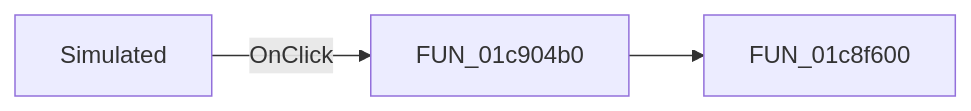
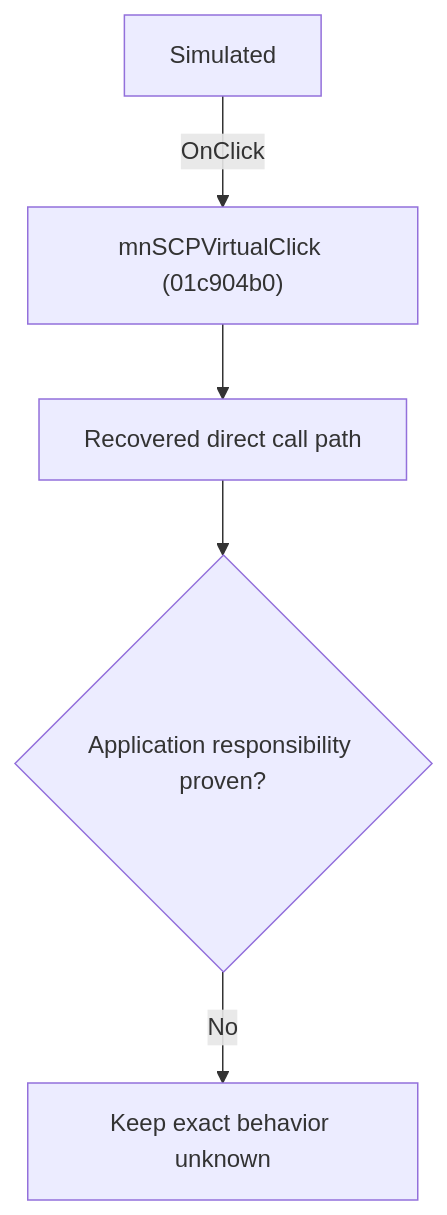
One commit to MovGP0/TIARA changed the diagram in docs/ui-controls/schematiceditor/mnscpvirtual-bc50eb2664.md. Above: the diagram before and after it, drawn with Mermaid. The commit also changed other lines of this file and 1062 other files, not shown here.

````diff
--- a/docs/ui-controls/schematiceditor/mnscpvirtual-bc50eb2664.md
+++ b/docs/ui-controls/schematiceditor/mnscpvirtual-bc50eb2664.md
@@ -27,5 +27,7 @@
 ```mermaid
-flowchart LR
-    control["Simulated"] -->|OnClick| handler["FUN_01c904b0"]
-    handler --> call1["FUN_01c8f600"]
+flowchart TD
+    control["Simulated"] -->|"OnClick"| handler["mnSCPVirtualClick (01c904b0)"]
+    handler --> recovered["Recovered direct call path"]
+    recovered --> gap{"Application responsibility proven?"}
+    gap -->|"No"| blocked["Keep exact behavior unknown"]
 ```
````
